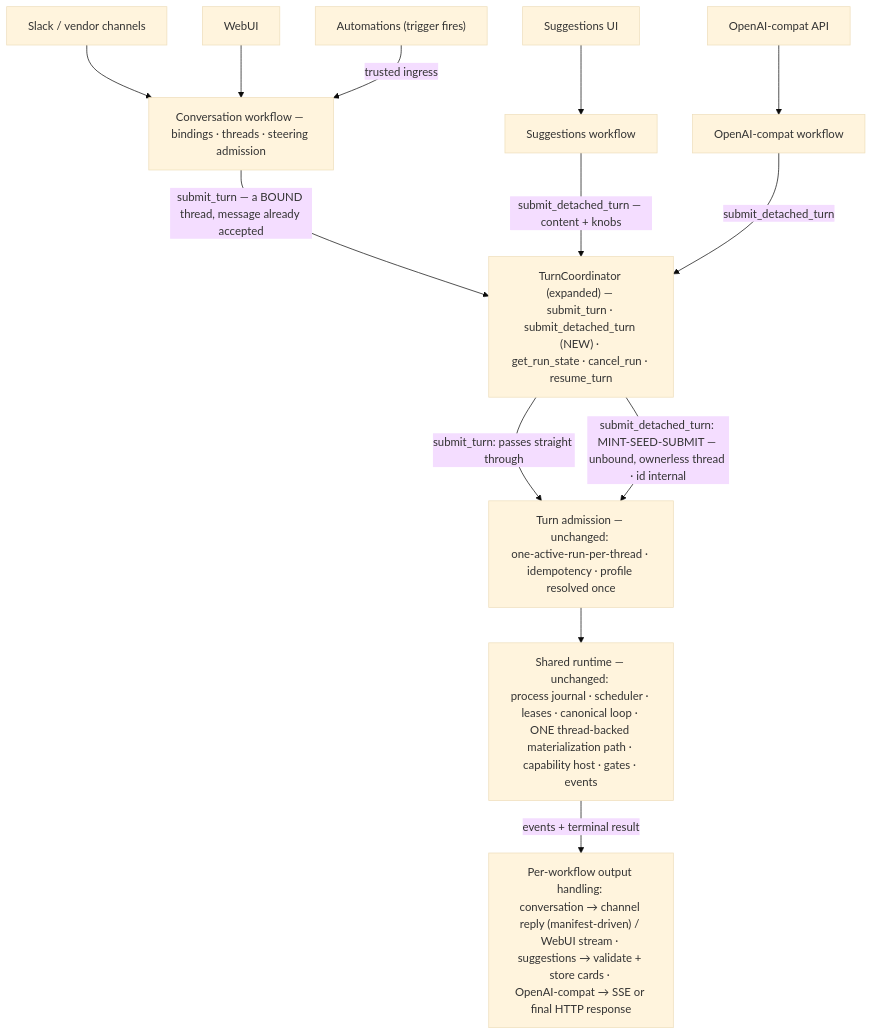
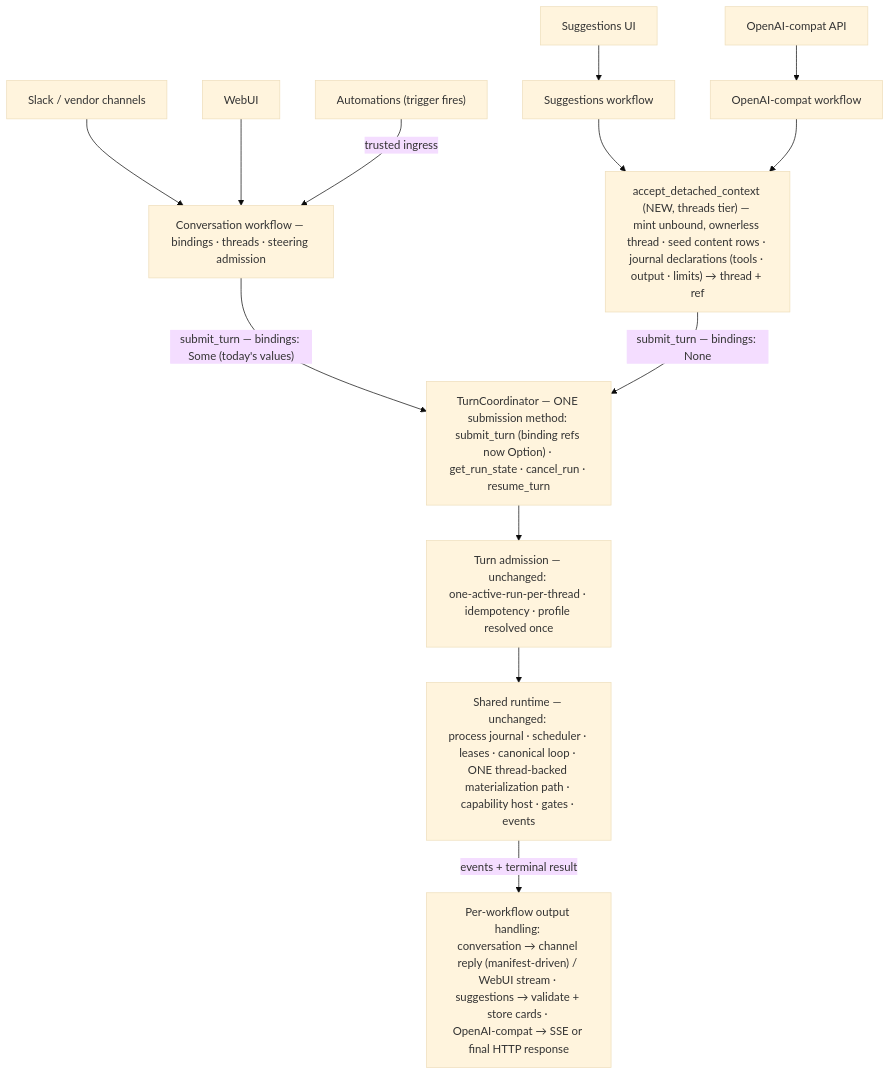
The diagram in docs/internal/design/2026-08-12-detached-turns.md (linhongyu510/ironclaw), drawn with Mermaid (base theme) before and after one commit. The commit also changed other lines of this file and 1 other file, not shown here.

First line of the commit message:
docs(internal): one submit_turn with optional bindings + one shared detached accept door

````diff
--- a/docs/internal/design/2026-08-12-detached-turns.md
+++ b/docs/internal/design/2026-08-12-detached-turns.md
@@ -197,23 +203,25 @@
 ```mermaid
 flowchart TB
     Slack["Slack / vendor channels"] --> Conv["Conversation workflow — <br/>bindings · threads · steering admission"]
     WebUI["WebUI"] --> Conv
     Auto["Automations (trigger fires)"] -->|"trusted ingress"| Conv
     Sugg["Suggestions UI"] --> SuggWf["Suggestions workflow"]
     OAI["OpenAI-compat API"] --> CompatWf["OpenAI-compat workflow"]
 
-    Conv -->|"submit_turn — a BOUND thread, message already accepted"| AE
-    SuggWf -->|"submit_detached_turn — content + knobs"| AE
-    CompatWf -->|"submit_detached_turn"| AE
+    SuggWf --> PREP
+    CompatWf --> PREP
+    PREP["accept_detached_context (NEW, threads tier) — <br/>mint unbound, ownerless thread · seed content rows · <br/>journal declarations (tools · output · limits) → thread + ref"]
 
-    AE["TurnCoordinator (expanded) — <br/>submit_turn · submit_detached_turn (NEW) · <br/>get_run_state · cancel_run · resume_turn"]
+    Conv -->|"submit_turn — bindings: Some (today's values)"| AE
+    PREP -->|"submit_turn — bindings: None"| AE
 
-    AE -->|"submit_turn: passes straight through"| ADM
-    AE -->|"submit_detached_turn: MINT-SEED-SUBMIT — <br/>unbound, ownerless thread · id internal"| ADM
+    AE["TurnCoordinator — ONE submission method: <br/>submit_turn (binding refs now Option) · <br/>get_run_state · cancel_run · resume_turn"]
+
+    AE --> ADM
 
     ADM["Turn admission — unchanged: <br/>one-active-run-per-thread · idempotency · profile resolved once"]
 
     ADM --> RT["Shared runtime — unchanged: <br/>process journal · scheduler · leases · canonical loop · <br/>ONE thread-backed materialization path · <br/>capability host · gates · events"]
 
     RT -->|"events + terminal result"| Out["Per-workflow output handling: <br/>conversation → channel reply (manifest-driven) / WebUI stream · <br/>suggestions → validate + store cards · <br/>OpenAI-compat → SSE or final HTTP response"]
 ```
````
